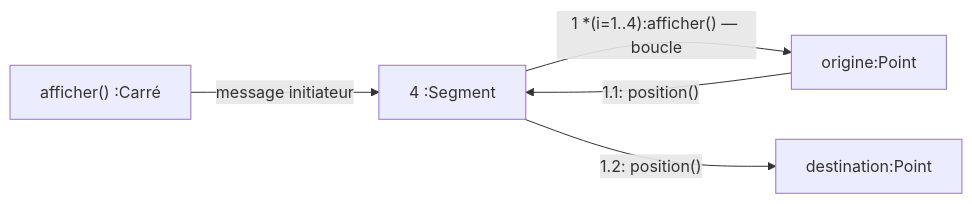
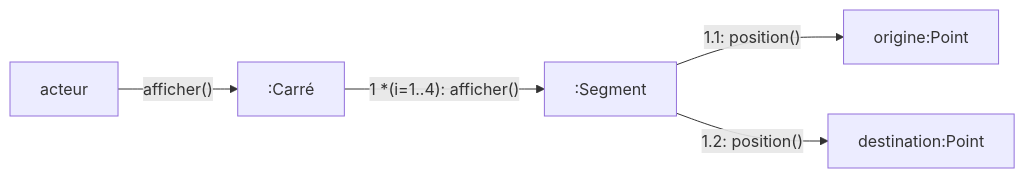
Before and after one commit to Yahya8bit/ensi-survival-kit: diagram 18 of 30 in docs/Year 2/Semester 1/ACOO/Cours/acoo-analyse-modele-dynamique.md, drawn with Mermaid. The commit also changed other lines of this file, not shown here.

````diff
--- a/docs/Year 2/Semester 1/ACOO/Cours/acoo-analyse-modele-dynamique.md
+++ b/docs/Year 2/Semester 1/ACOO/Cours/acoo-analyse-modele-dynamique.md
@@ -551,7 +558,7 @@
 ```mermaid
 flowchart LR
-    Carre["afficher() :Carré"] -->|"message initiateur"| Segment["4 :Segment"]
-    Segment -->|"1 *(i=1..4):afficher() — boucle"| Origine["origine:Point"]
-    Origine -->|"1.1: position()"| Segment
+    Acteur["acteur"] -->|"afficher()"| Carre[":Carré"]
+    Carre -->|"1 *(i=1..4): afficher()"| Segment[":Segment"]
+    Segment -->|"1.1: position()"| Origine["origine:Point"]
     Segment -->|"1.2: position()"| Destination["destination:Point"]
 ```
````
